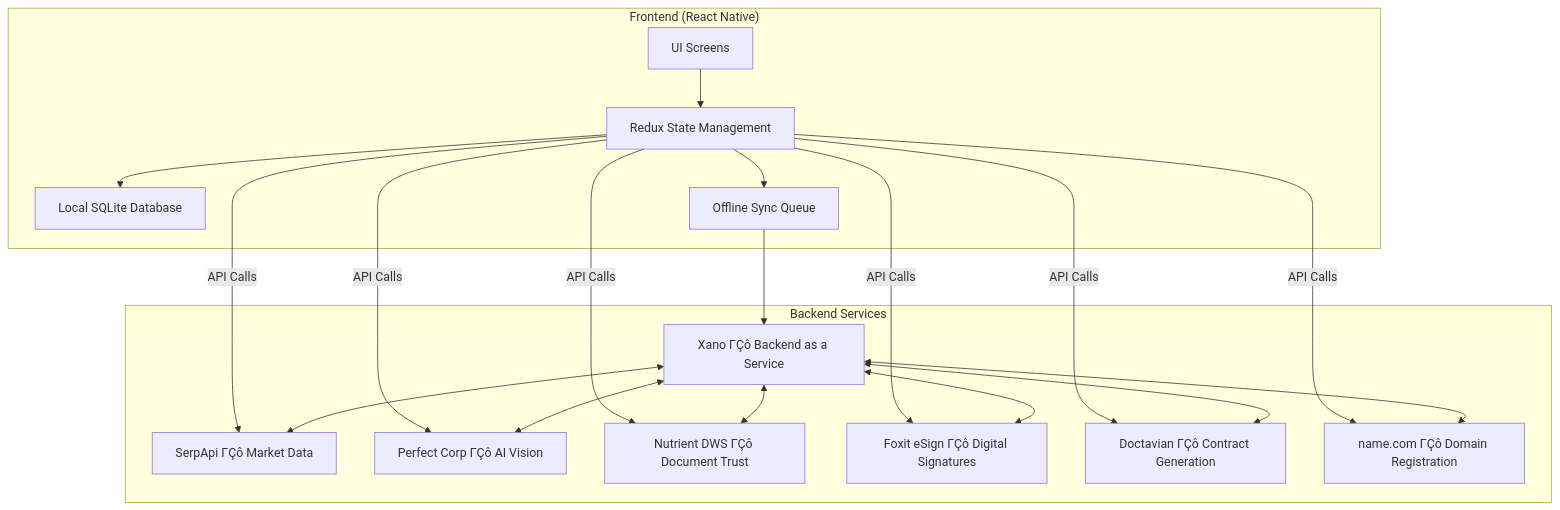
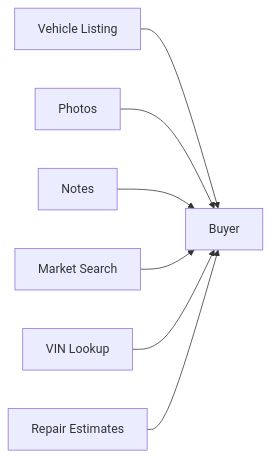
The first of 34 diagrams in README.md (lucylow/ai-used-car-checker), drawn with Mermaid before and after one commit. The commit also changed other lines of this file, not shown here.

````diff
--- a/README.md
+++ b/README.md
@@ -87,36 +189,9 @@
 ```mermaid
-graph TB
-    subgraph "Frontend (React Native)"
-        A[UI Screens]
-        B[Redux State Management]
-        C[Local SQLite Database]
-        D[Offline Sync Queue]
-    end
-
-    subgraph "Backend Services"
-        E[Xano ΓÇô Backend as a Service]
-        F[SerpApi ΓÇô Market Data]
-        G[Perfect Corp ΓÇô AI Vision]
-        H[Nutrient DWS ΓÇô Document Trust]
-        I[Foxit eSign ΓÇô Digital Signatures]
-        J[Doctavian ΓÇô Contract Generation]
-        K[name.com ΓÇô Domain Registration]
-    end
-
-    A --> B
-    B --> C
-    B --> D
-    D --> E
-    B -- API Calls --> F
-    B -- API Calls --> G
-    B -- API Calls --> H
-    B -- API Calls --> I
-    B -- API Calls --> J
-    B -- API Calls --> K
-    E <--> F
-    E <--> G
-    E <--> H
-    E <--> I
-    E <--> J
-    E <--> K
+flowchart LR
+    A[Vehicle Listing] --> B[Buyer]
+    C[Photos] --> B
+    D[Notes] --> B
+    E[Market Search] --> B
+    F[VIN Lookup] --> B
+    G[Repair Estimates] --> B
 ```
````
